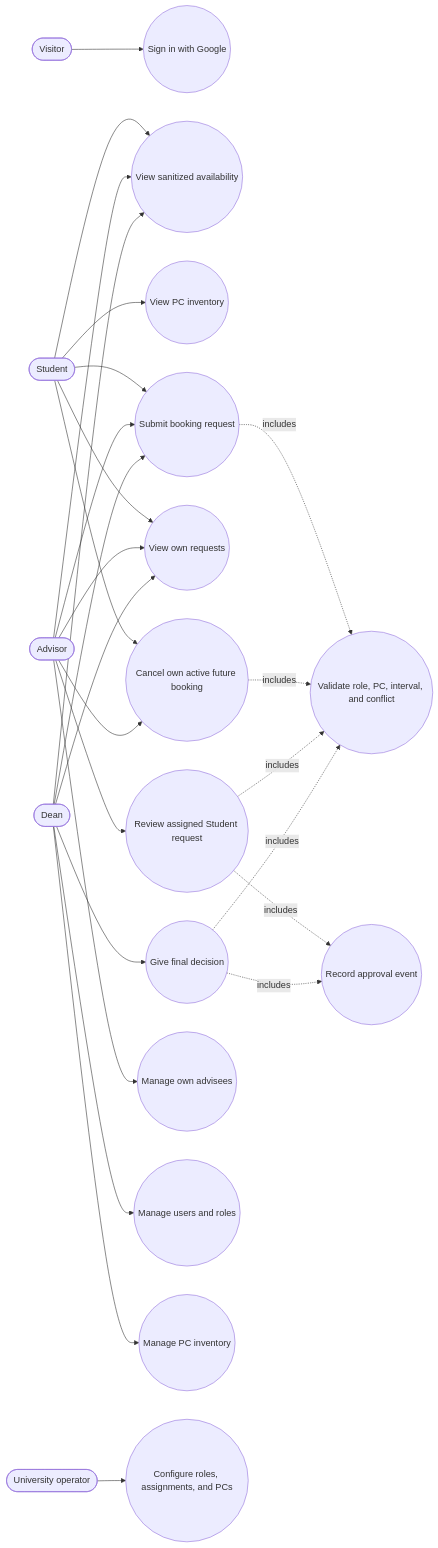
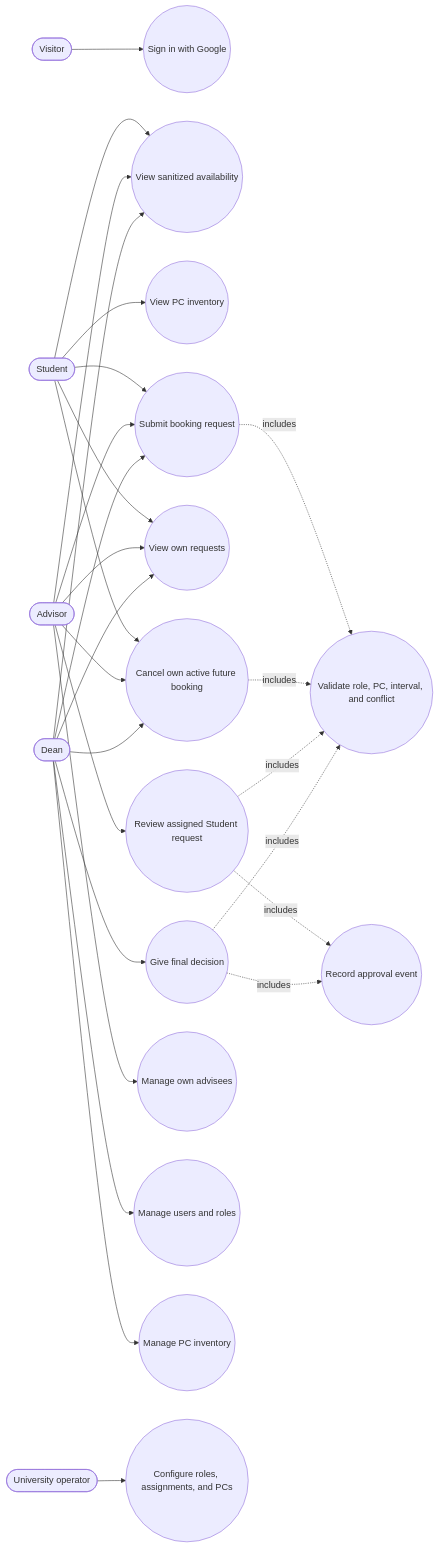
Before and after one commit to Leng201202/SE-Lab-Booking-System: the diagram in .docs/02-design/diagrams/02-use-case-diagram.md, drawn with Mermaid. The commit also changed other lines of this file and 18 other files, not shown here.

```diff
--- a/.docs/02-design/diagrams/02-use-case-diagram.md
+++ b/.docs/02-design/diagrams/02-use-case-diagram.md
@@ -3,50 +3,51 @@
 ~~~mermaid
 flowchart LR
     Visitor([Visitor])
     Student([Student])
     Advisor([Advisor])
     Dean([Dean])
     Operator([University operator])
 
     SignIn((Sign in with Google))
     Availability((View sanitized availability))
     Inventory((View PC inventory))
     Submit((Submit booking request))
     OwnRecords((View own requests))
     Cancel((Cancel own active future booking))
     AdvisorReview((Review assigned Student request))
     DeanReview((Give final decision))
     Advisees((Manage own advisees))
     Users((Manage users and roles))
     PCs((Manage PC inventory))
     Audit((Record approval event))
     Validate((Validate role, PC, interval, and conflict))
     Configure((Configure roles, assignments, and PCs))
 
     Visitor --> SignIn
     Student --> Availability
     Student --> Inventory
     Student --> Submit
     Student --> OwnRecords
     Student --> Cancel
     Advisor --> Availability
     Advisor --> Submit
     Advisor --> OwnRecords
     Advisor --> Cancel
     Advisor --> AdvisorReview
     Advisor --> Advisees
     Dean --> Availability
     Dean --> Submit
     Dean --> OwnRecords
+    Dean --> Cancel
     Dean --> DeanReview
     Dean --> Users
     Dean --> PCs
     Operator --> Configure
 
     Submit -. includes .-> Validate
     Cancel -. includes .-> Validate
     AdvisorReview -. includes .-> Audit
     DeanReview -. includes .-> Audit
     AdvisorReview -. includes .-> Validate
     DeanReview -. includes .-> Validate
 ~~~
```
